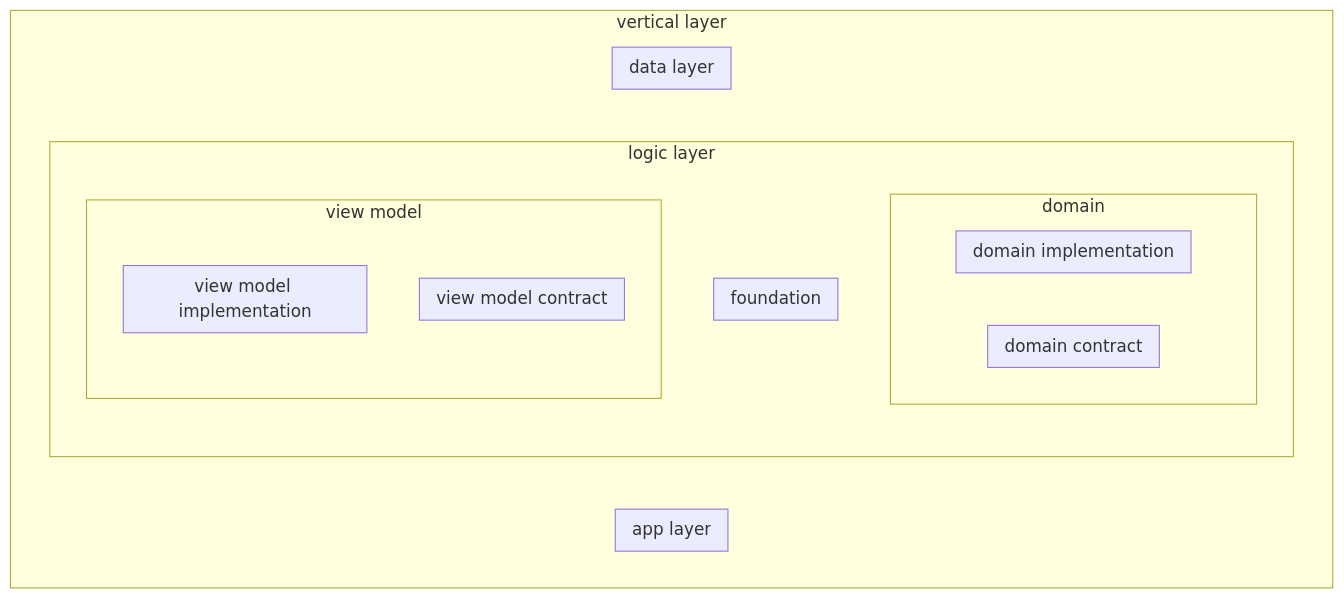
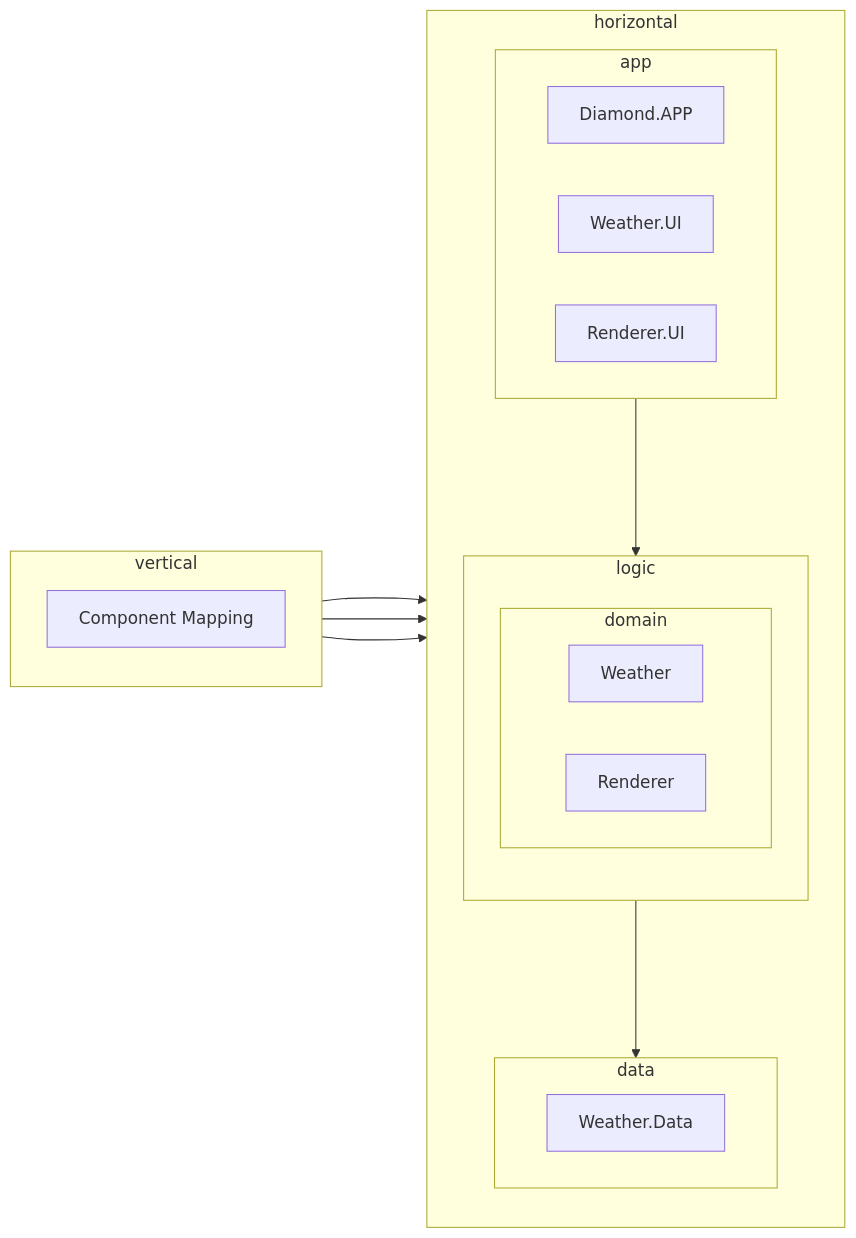
Before and after one commit to binarybrudi/over-engineered-wasm: the diagram in readme.md, drawn with Mermaid.

Commit message:
[patch] try draw architecture (#4)

````diff
--- a/readme.md
+++ b/readme.md
@@ -20,25 +20,36 @@
 ```mermaid
-flowchart TD
-    subgraph vertical layer
-        subgraph app layer
+flowchart LR
+    subgraph horizontal
+        direction TB
+        subgraph app
+            direction LR 
+            Diamond.APP
+            Weather.UI
+            Renderer.UI
         end
-        subgraph logic layer
+        subgraph logic
+            direction TB
             subgraph domain
-                subgraph domain contract
-                end
-                subgraph domain implementation
-                end
-            end
-            subgraph foundation
-            end
-            subgraph view model
-                subgraph view model contract
-                end
-                subgraph view model implementation
-                end
+                direction LR
+                Weather
+                Renderer
             end
         end
-        subgraph data layer
-        end
+        subgraph data
+            direction LR
+            Weather.Data
+        end 
+        
     end
+    subgraph vertical
+        direction TB
+        CM[Component Mapping]
+    end
+
+    vertical ---> app
+    vertical ---> logic
+    vertical ---> data
+    
+    app ---> logic
+    logic ---> data
 ```
````
